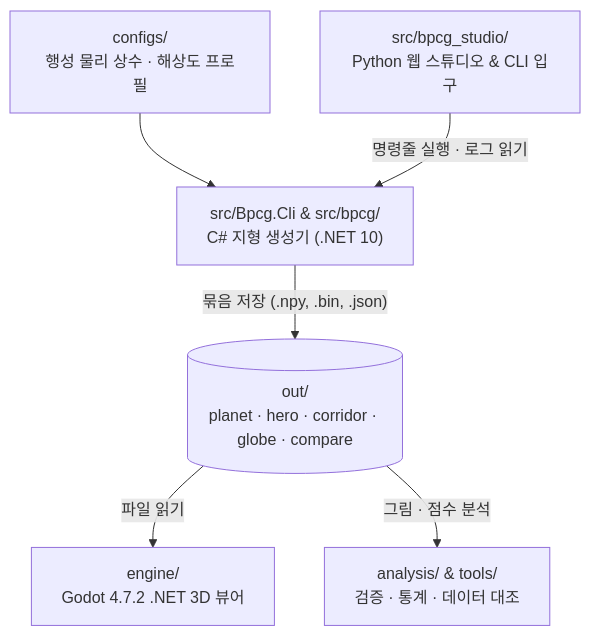
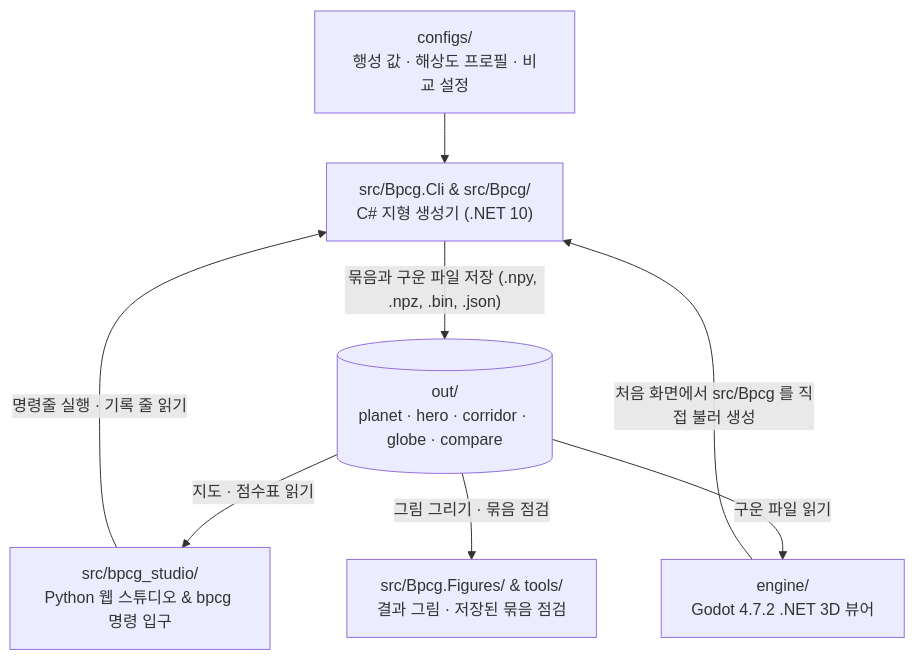
The first of 2 diagrams in docs/architecture.md (CAU-8/B-PCG), drawn with Mermaid before and after one commit. The commit also changed other lines of this file, not shown here.

First line of the commit message:
docs(architecture): 코드에 없는 파일·함수·설정 이름과 식을 코드에 맞춰 다시 씀

````diff
--- a/docs/architecture.md
+++ b/docs/architecture.md
@@ -66,8 +66,10 @@
 ```mermaid
 flowchart TD
-    CFG["configs/<br/>행성 물리 상수 · 해상도 프로필"] --> CLI["src/Bpcg.Cli & src/bpcg/<br/>C# 지형 생성기 (.NET 10)"]
-    STUDIO["src/bpcg_studio/<br/>Python 웹 스튜디오 & CLI 입구"] -->|"명령줄 실행 · 로그 읽기"| CLI
-    CLI -->|"묶음 저장 (.npy, .bin, .json)"| OUT[("out/<br/>planet · hero · corridor · globe · compare")]
-    OUT -->|"파일 읽기"| GODOT["engine/<br/>Godot 4.7.2 .NET 3D 뷰어"]
-    OUT -->|"그림 · 점수 분석"| PY["analysis/ & tools/<br/>검증 · 통계 · 데이터 대조"]
+    CFG["configs/<br/>행성 값 · 해상도 프로필 · 비교 설정"] --> CLI["src/Bpcg.Cli & src/Bpcg/<br/>C# 지형 생성기 (.NET 10)"]
+    STUDIO["src/bpcg_studio/<br/>Python 웹 스튜디오 & bpcg 명령 입구"] -->|"명령줄 실행 · 기록 줄 읽기"| CLI
+    CLI -->|"묶음과 구운 파일 저장 (.npy, .npz, .bin, .json)"| OUT[("out/<br/>planet · hero · corridor · globe · compare")]
+    OUT -->|"지도 · 점수표 읽기"| STUDIO
+    OUT -->|"구운 파일 읽기"| GODOT["engine/<br/>Godot 4.7.2 .NET 3D 뷰어"]
+    GODOT -->|"처음 화면에서 src/Bpcg 를 직접 불러 생성"| CLI
+    OUT -->|"그림 그리기 · 묶음 점검"| PY["src/Bpcg.Figures/ & tools/<br/>결과 그림 · 저장된 묶음 점검"]
 ```
````
